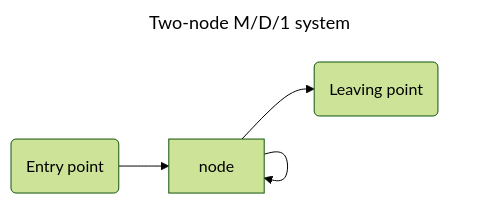
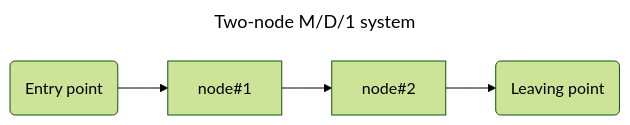
Before and after one commit to marco-create/queueing: the second of 2 diagrams in README.md, drawn with Mermaid (forest theme).

````diff
--- a/README.md
+++ b/README.md
@@ -19,10 +19,10 @@
 ```mermaid
 ---
 title: Two-node M/D/1 system
 ---
   graph LR;
     A("Entry point")
 
     B("Leaving point")
-      A --> node --> node --> B
+      A --> node#1 --> node#2 --> B
 ```
````
